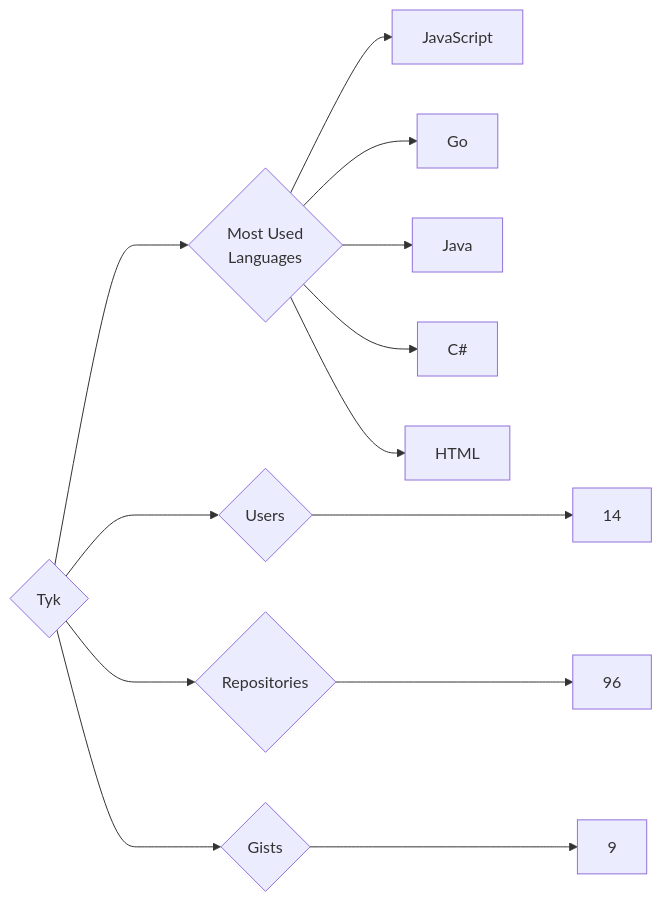
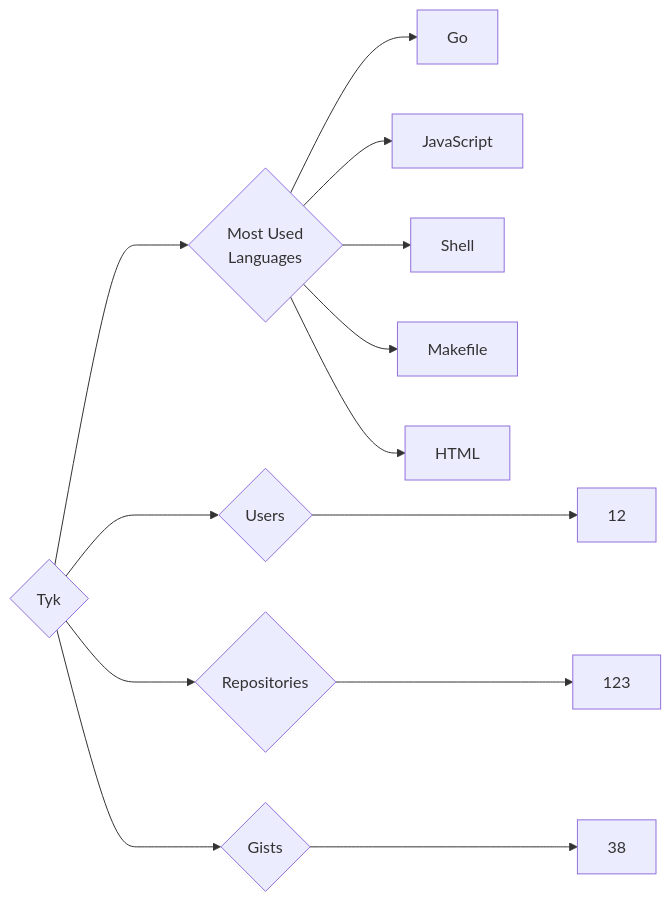
The diagram in targets/Tyk/README.md (trickest/insiders), drawn with Mermaid before and after one commit. The commit also changed 920 other files, not shown here.

````diff
--- a/targets/Tyk/README.md
+++ b/targets/Tyk/README.md
@@ -3,13 +3,13 @@
 ```mermaid
 graph LR
 COMPANY_NAME{Tyk}
-COMPANY_NAME ---> U{Users} ---> UN[14]
-COMPANY_NAME ---> R{Repositories} ---> RN[96]
-COMPANY_NAME ---> G{Gists} ---> GN[9]
+COMPANY_NAME ---> U{Users} ---> UN[12]
+COMPANY_NAME ---> R{Repositories} ---> RN[123]
+COMPANY_NAME ---> G{Gists} ---> GN[38]
 COMPANY_NAME ---> ML{Most Used<br>Languages}
+ML --> Go[Go]
 ML --> JavaScript[JavaScript]
-ML --> Go[Go]
-ML --> Java[Java]
-ML --> C#[C#]
+ML --> Shell[Shell]
+ML --> Makefile[Makefile]
 ML --> HTML[HTML]
 ```
````
